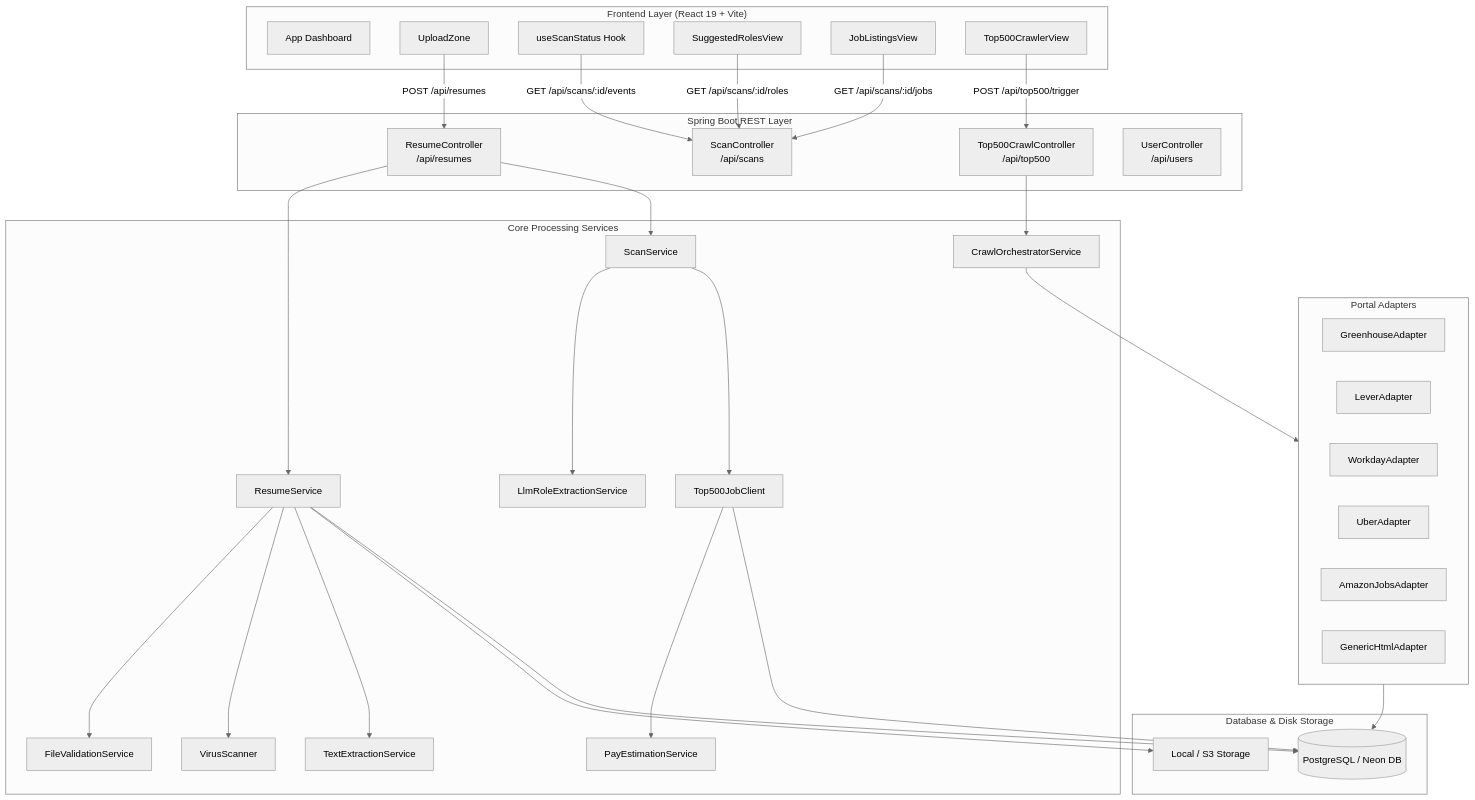
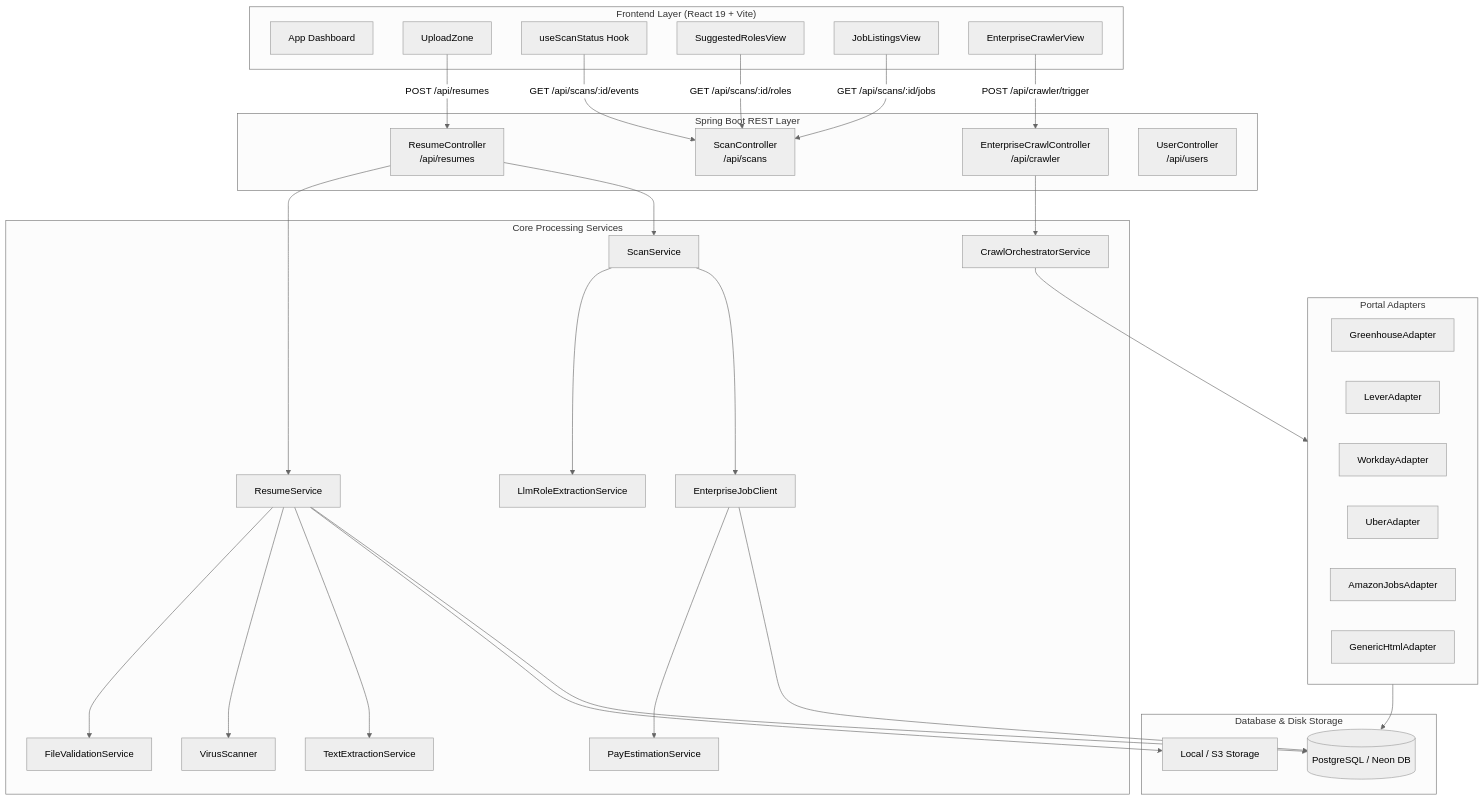
One commit to srpm2005/nous changed the diagram in README.md. Above: the diagram before and after it, drawn with Mermaid (neutral theme). The commit also changed other lines of this file and 17 other files, not shown here.

Commit message:
feat: refactor crawler architecture to Enterprise portal crawler, add pre-warming and smart upload stages, update master interview PDF

````diff
--- a/README.md
+++ b/README.md
@@ -133,67 +133,67 @@
 ```mermaid
 flowchart TB
     subgraph Client["Frontend Layer (React 19 + Vite)"]
         UI[App Dashboard]
         UZ[UploadZone]
         SSE[useScanStatus Hook]
         SRV[SuggestedRolesView]
         JLV[JobListingsView]
-        TCV[Top500CrawlerView]
+        TCV[EnterpriseCrawlerView]
     end
 
     subgraph Controllers["Spring Boot REST Layer"]
         RC[ResumeController\n/api/resumes]
         SC[ScanController\n/api/scans]
-        CC[Top500CrawlController\n/api/top500]
+        CC[EnterpriseCrawlController\n/api/crawler]
         UC[UserController\n/api/users]
     end
 
     subgraph Services["Core Processing Services"]
         RS[ResumeService]
         FVS[FileValidationService]
         VS[VirusScanner]
         TES[TextExtractionService]
         SS[ScanService]
         LRE[LlmRoleExtractionService]
         PES[PayEstimationService]
-        T500JC[Top500JobClient]
+        T500JC[EnterpriseJobClient]
         COS[CrawlOrchestratorService]
     end
 
     subgraph Adapters["Portal Adapters"]
         GHA[GreenhouseAdapter]
         LVA[LeverAdapter]
         WDA[WorkdayAdapter]
         UBA[UberAdapter]
         AJA[AmazonJobsAdapter]
         GNA[GenericHtmlAdapter]
     end
 
     subgraph Storage["Database & Disk Storage"]
         DB[(PostgreSQL / Neon DB)]
         DISK[Local / S3 Storage]
     end
 
     UZ -->|POST /api/resumes| RC
     SSE -->|GET /api/scans/:id/events| SC
     SRV -->|GET /api/scans/:id/roles| SC
     JLV -->|GET /api/scans/:id/jobs| SC
-    TCV -->|POST /api/top500/trigger| CC
+    TCV -->|POST /api/crawler/trigger| CC
 
     RC --> RS
     RS --> FVS
     RS --> VS
     RS --> TES
     RS --> DISK
     RS --> DB
 
     RC --> SS
     SS --> LRE
     SS --> T500JC
     T500JC --> PES
     T500JC --> DB
 
     CC --> COS
     COS --> Adapters
     Adapters --> DB
 ```
````
